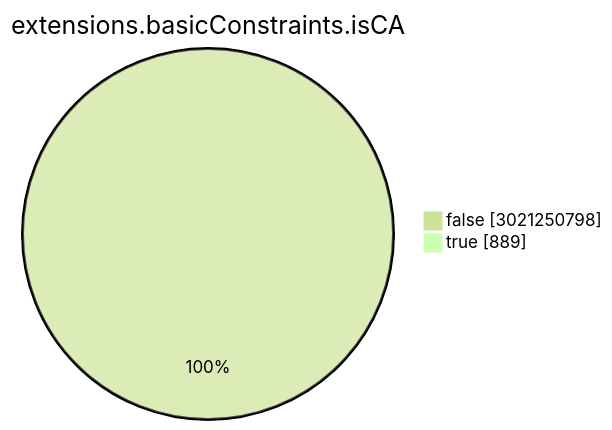
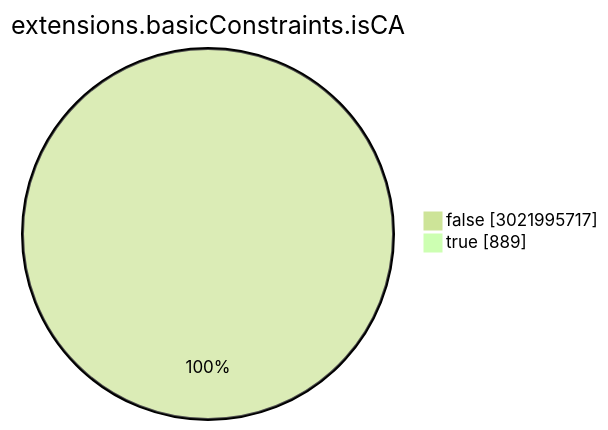
The seventh of 15 diagrams in TOTAL/README.md (christiankrug/ctmonitor_visualization), drawn with Mermaid (forest theme) before and after one commit. The commit also changed other lines of this file, not shown here.

````diff
--- a/TOTAL/README.md
+++ b/TOTAL/README.md
@@ -3085,6 +3085,6 @@
 ```mermaid
 pie showData
 title extensions.basicConstraints.isCA
-"false" :3021250798
+"false" :3021995717
 "true" :889
 ```
````
